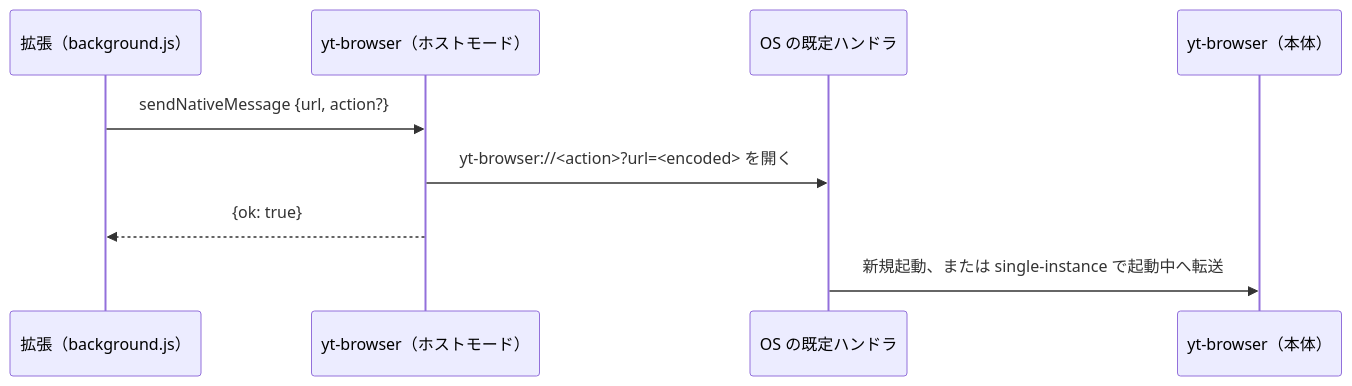
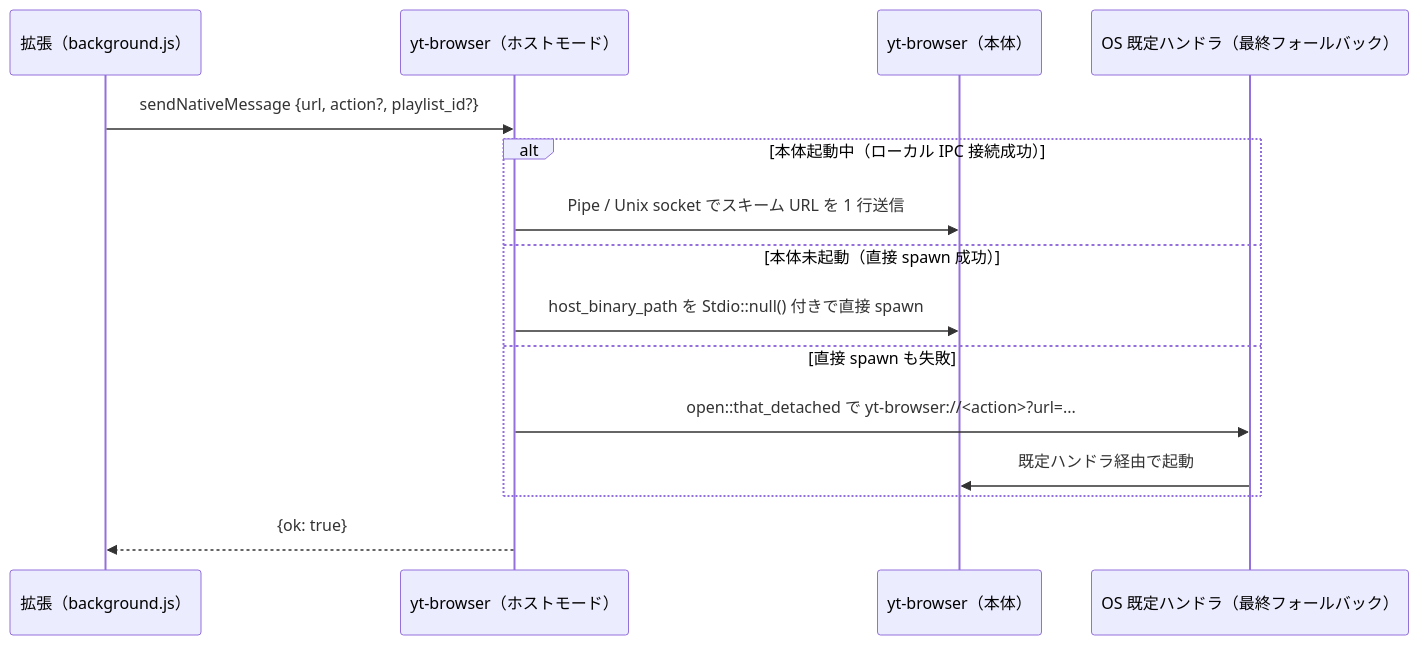
The second of 2 diagrams in docs/design.md (Tkg-tamagohan/yt-browser), drawn with Mermaid before and after one commit. The commit also changed other lines of this file and 7 other files, not shown here.

````diff
--- a/docs/design.md
+++ b/docs/design.md
@@ -369,11 +369,17 @@
 ```mermaid
 sequenceDiagram
     participant Ext as 拡張（background.js）
     participant Host as yt-browser（ホストモード）
-    participant OS as OS の既定ハンドラ
     participant App as yt-browser（本体）
-    Ext->>Host: sendNativeMessage {url, action?}
-    Host->>OS: yt-browser://<action>?url=<encoded> を開く
+    participant OS as OS 既定ハンドラ（最終フォールバック）
+    Ext->>Host: sendNativeMessage {url, action?, playlist_id?}
+    alt 本体起動中（ローカル IPC 接続成功）
+        Host->>App: Pipe / Unix socket でスキーム URL を 1 行送信
+    else 本体未起動（直接 spawn 成功）
+        Host->>App: host_binary_path を Stdio::null() 付きで直接 spawn
+    else 直接 spawn も失敗
+        Host->>OS: open::that_detached で yt-browser://<action>?url=...
+        OS->>App: 既定ハンドラ経由で起動
+    end
     Host-->>Ext: {ok: true}
-    OS->>App: 新規起動、または single-instance で起動中へ転送
 ```
````
